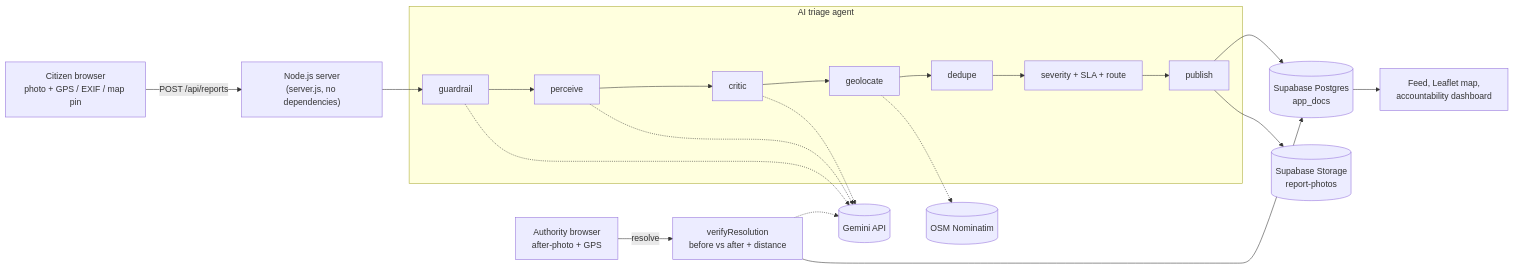
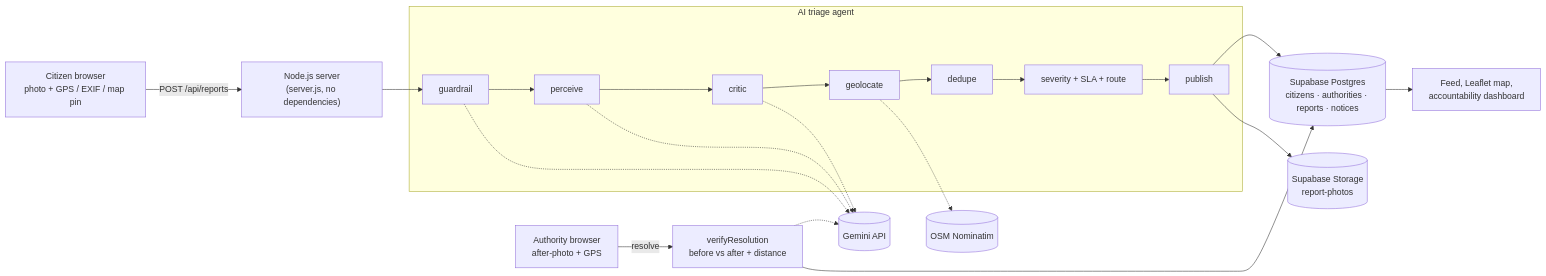
The diagram in civic-triage/README.md (NeuroSync26/neurosync), drawn with Mermaid before and after one commit. The commit also changed other lines of this file and 4 other files, not shown here.

````diff
--- a/civic-triage/README.md
+++ b/civic-triage/README.md
@@ -30,18 +30,18 @@
 ```mermaid
 flowchart LR
   U["Citizen browser<br/>photo + GPS / EXIF / map pin"] -->|POST /api/reports| S["Node.js server<br/>(server.js, no dependencies)"]
   S --> G
   subgraph Agent["AI triage agent"]
     G[guardrail] --> P[perceive] --> C[critic] --> L[geolocate] --> D[dedupe] --> R["severity + SLA + route"] --> PB[publish]
   end
   G -.-> GM[("Gemini API")]
   P -.-> GM
   C -.-> GM
   L -.-> N[("OSM Nominatim")]
-  PB --> DB[("Supabase Postgres<br/>app_docs")]
+  PB --> DB[("Supabase Postgres<br/>citizens · authorities · reports · notices")]
   PB --> ST[("Supabase Storage<br/>report-photos")]
   A["Authority browser<br/>after-photo + GPS"] -->|resolve| V["verifyResolution<br/>before vs after + distance"]
   V -.-> GM
   V --> DB
   DB --> W["Feed, Leaflet map,<br/>accountability dashboard"]
 ```
````
